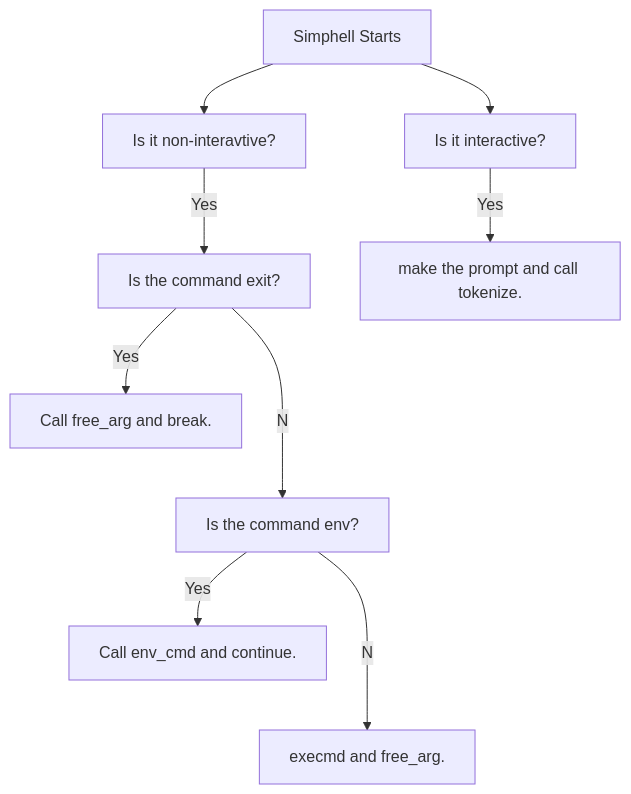
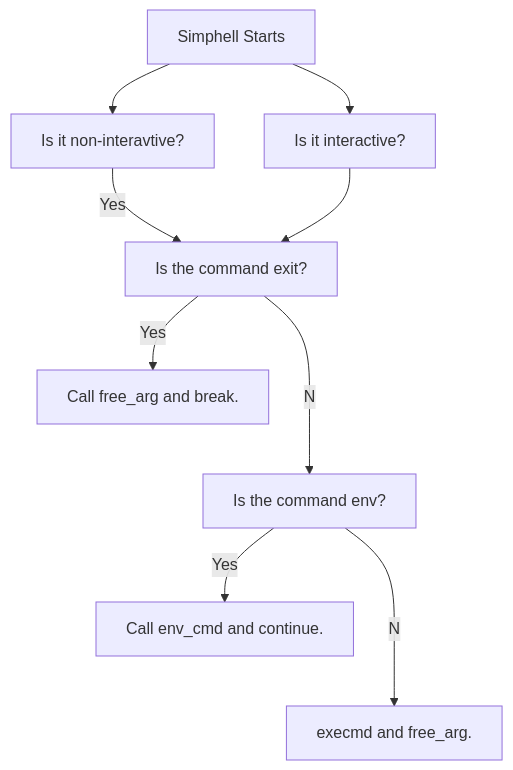
The diagram in README.md (LeeWest89/MySuperRepo), drawn with Mermaid before and after one commit.

````diff
--- a/README.md
+++ b/README.md
@@ -2,11 +2,11 @@
 ```mermaid
 flowchart TD;
   A[Simphell Starts]-->B[Is it interactive?];
   A-->C[Is it non-interavtive?];
   C--Yes-->D[Is the command exit?];
   D--Yes-->E[Call free_arg and break.];
   D--No-->F[Is the command env?];
   F--Yes-->G[Call env_cmd and continue.];
   F--No-->H[execmd and free_arg.];
-  B--Yes-->K[make the prompt and call tokenize.];
+  B-->D;
 ```
````
